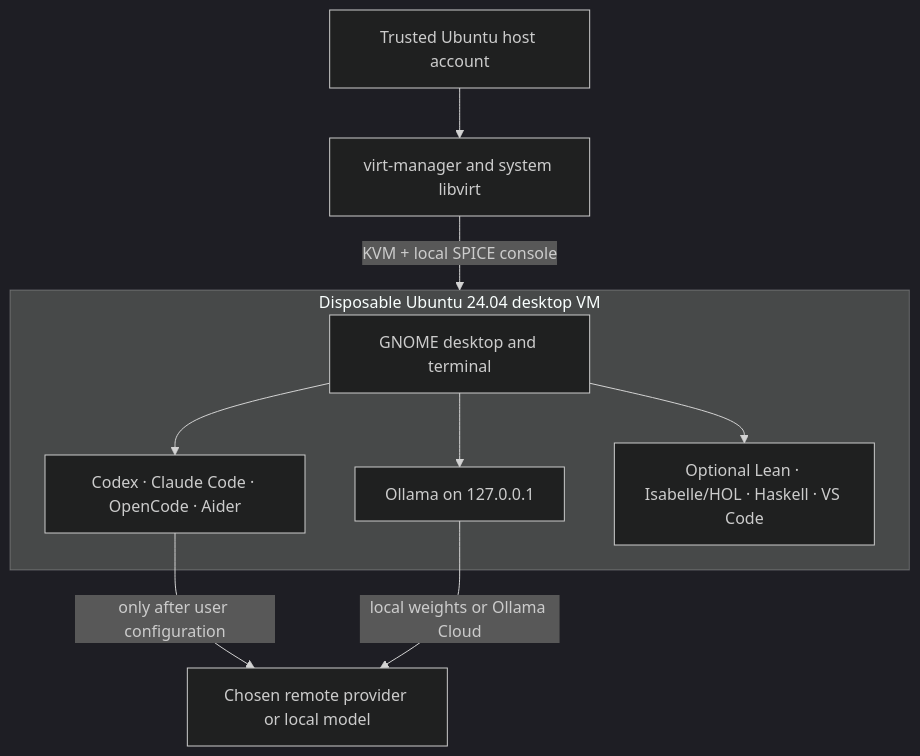
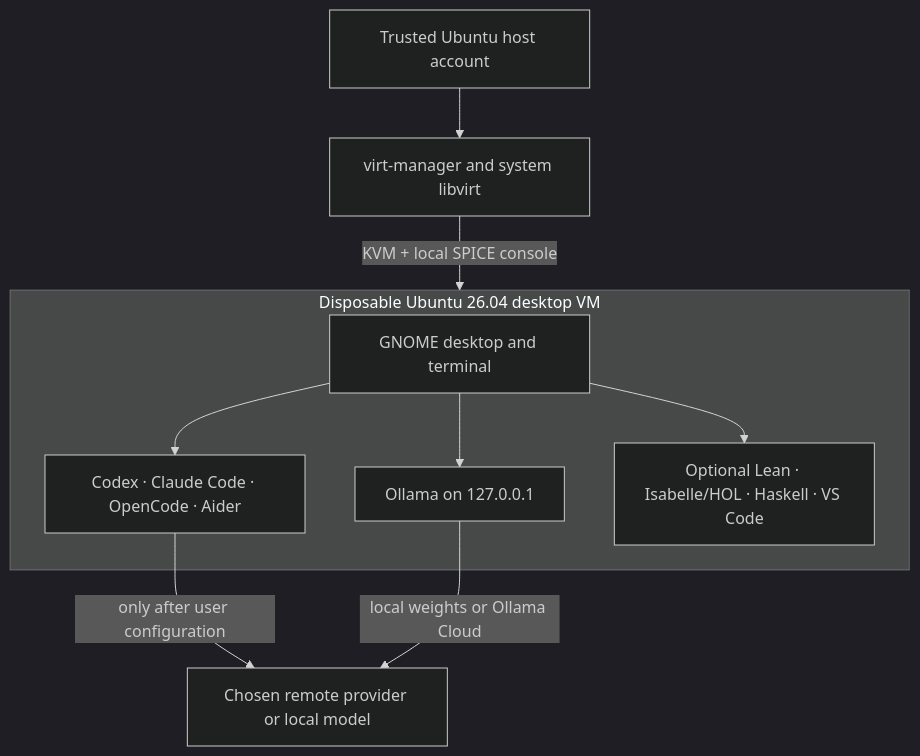
One commit to yutakang/agent-vm changed the diagram in README.md. Above: the diagram before and after it, drawn with Mermaid (dark theme). The commit also changed other lines of this file and 28 other files, not shown here.

````diff
--- a/README.md
+++ b/README.md
@@ -64,22 +64,22 @@
 ```mermaid
 flowchart TB
     H["Trusted Ubuntu host account"]
     M["virt-manager and system libvirt"]
 
-    subgraph V["Disposable Ubuntu 24.04 desktop VM"]
+    subgraph V["Disposable Ubuntu 26.04 desktop VM"]
         D["GNOME desktop and terminal"]
         A["Codex · Claude Code · OpenCode · Aider"]
         O["Ollama on 127.0.0.1"]
         F["Optional Lean · Isabelle/HOL · Haskell · VS Code"]
         D --> A
         D --> O
         D --> F
     end
 
     P["Chosen remote provider or local model"]
 
     H --> M
     M -->|"KVM + local SPICE console"| V
     A -->|"only after user configuration"| P
     O -->|"local weights or Ollama Cloud"| P
 ```
````
